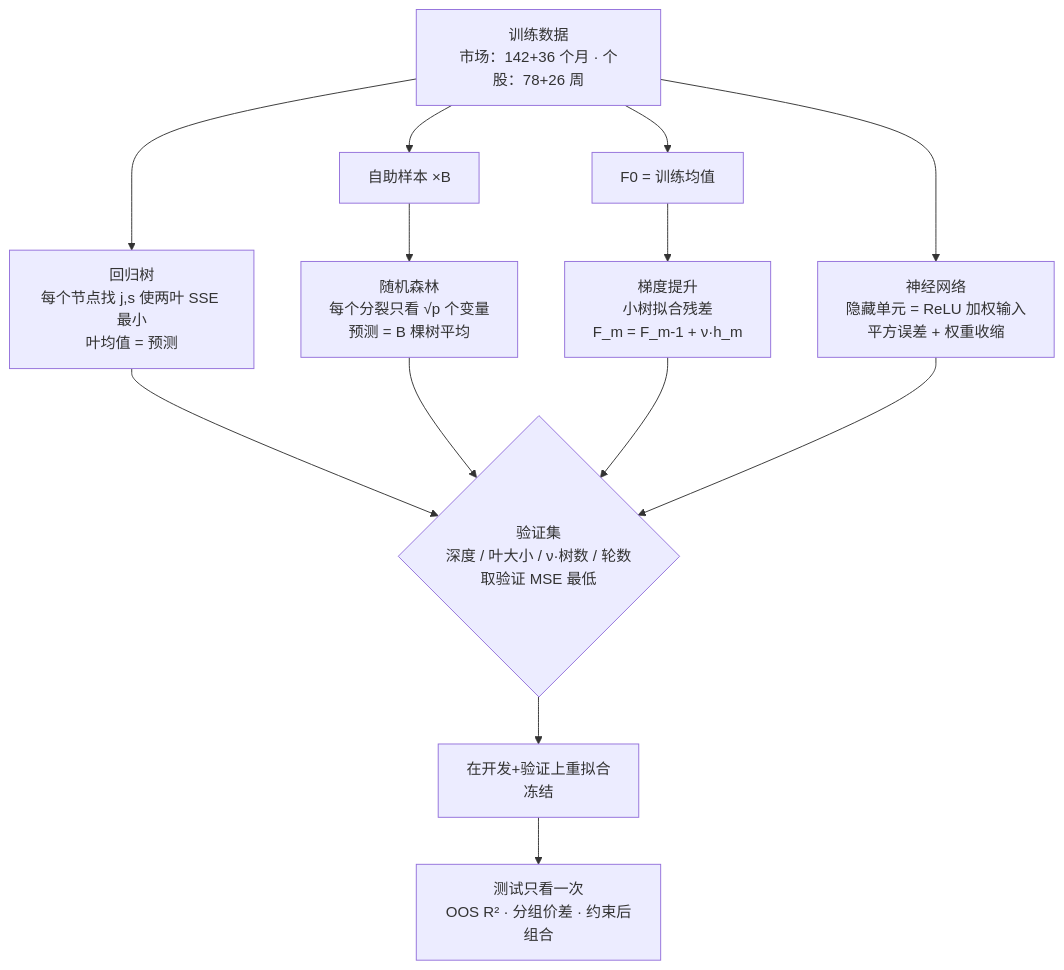
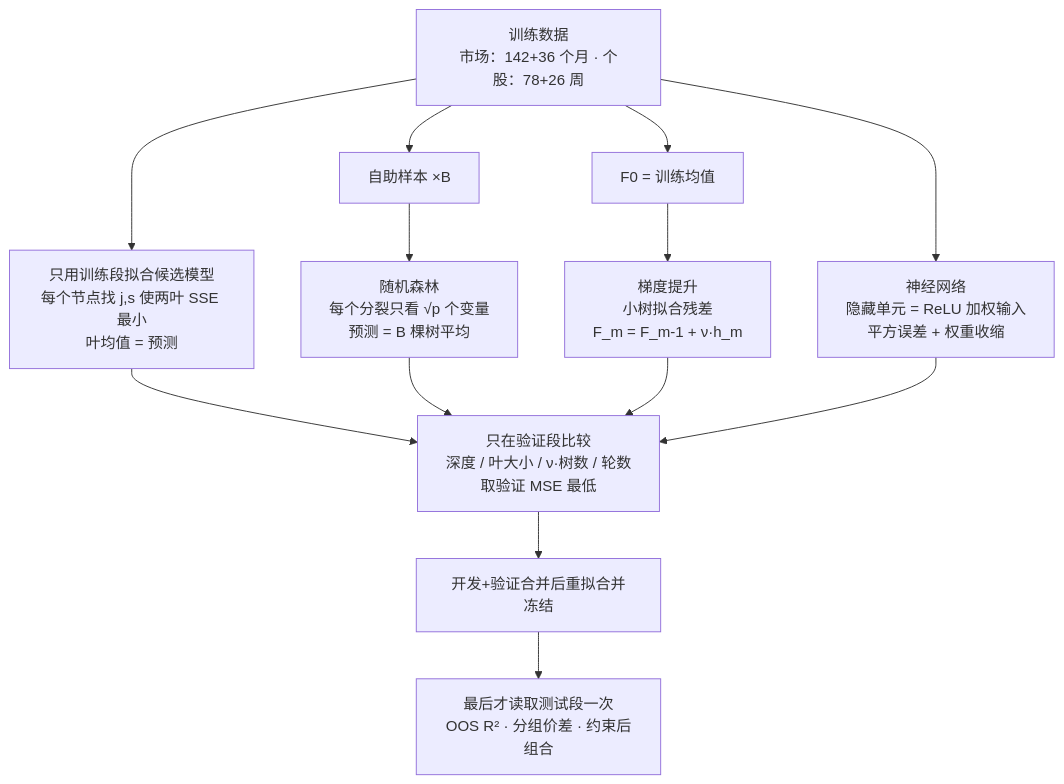
The eighth of 10 diagrams in EF5560_Fintech_and_AI_in_Finance/notes/M04-非线性机器学习与收益预测.md (CercaTrovato/cityu-ai-course-notes), drawn with Mermaid before and after one commit. The commit also changed other lines of this file and 224 other files, not shown here.

First line of the commit message:
完善五门课图文可读性并更新仓库首页

````diff
--- a/EF5560_Fintech_and_AI_in_Finance/notes/M04-非线性机器学习与收益预测.md
+++ b/EF5560_Fintech_and_AI_in_Finance/notes/M04-非线性机器学习与收益预测.md
@@ -2166,9 +2976,9 @@
 ```mermaid
 flowchart TB
-    D[训练数据<br/>市场：142+36 个月 · 个股：78+26 周] --> T[回归树<br/>每个节点找 j,s 使两叶 SSE 最小<br/>叶均值 = 预测]
+    D[训练数据<br/>市场：142+36 个月 · 个股：78+26 周] --> T[只用训练段拟合候选模型<br/>每个节点找 j,s 使两叶 SSE 最小<br/>叶均值 = 预测]
     D --> B[自助样本 ×B] --> RF[随机森林<br/>每个分裂只看 √p 个变量<br/>预测 = B 棵树平均]
     D --> G0[F0 = 训练均值] --> GB[梯度提升<br/>小树拟合残差<br/>F_m = F_m-1 + ν·h_m]
     D --> NN[神经网络<br/>隐藏单元 = ReLU 加权输入<br/>平方误差 + 权重收缩]
-    T & RF & GB & NN --> V{验证集<br/>深度 / 叶大小 / ν·树数 / 轮数<br/>取验证 MSE 最低}
-    V --> R[在开发+验证上重拟合<br/>冻结] --> E[测试只看一次<br/>OOS R² · 分组价差 · 约束后组合]
+    T & RF & GB & NN --> V[只在验证段比较<br/>深度 / 叶大小 / ν·树数 / 轮数<br/>取验证 MSE 最低]
+    V --> R[开发+验证合并后重拟合并冻结] --> E[最后才读取测试段一次<br/>OOS R² · 分组价差 · 约束后组合]
 ```
````
